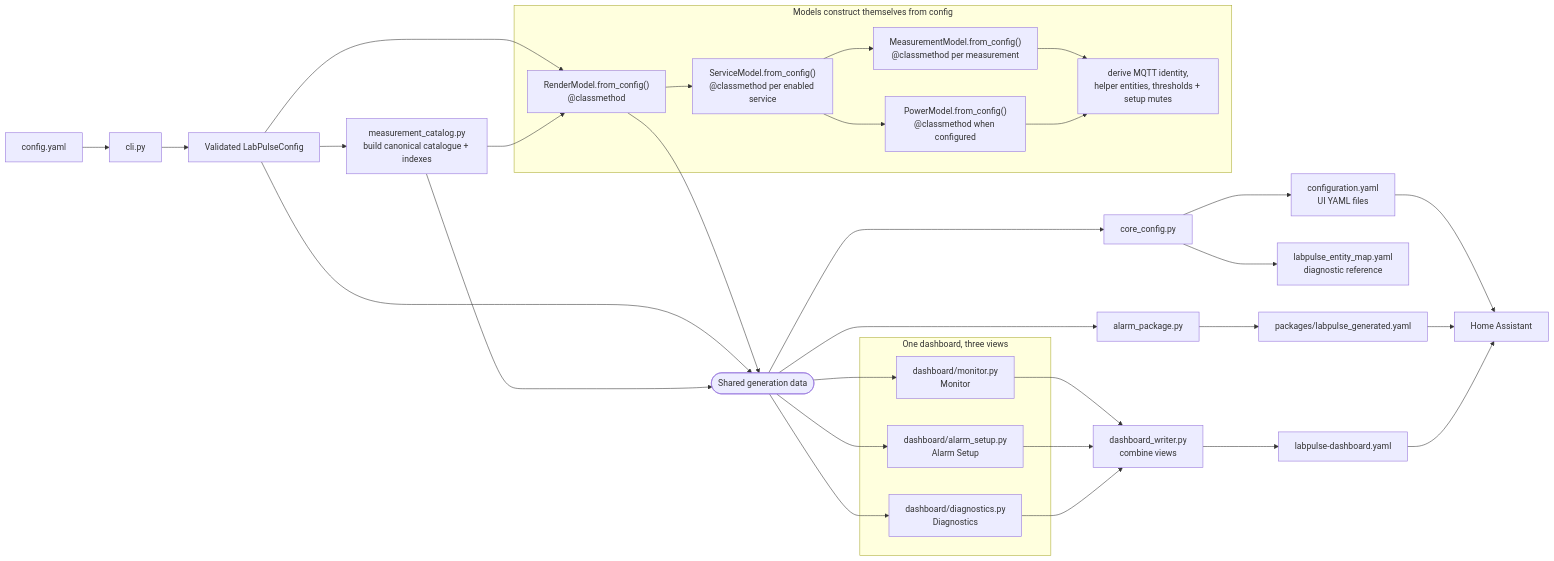
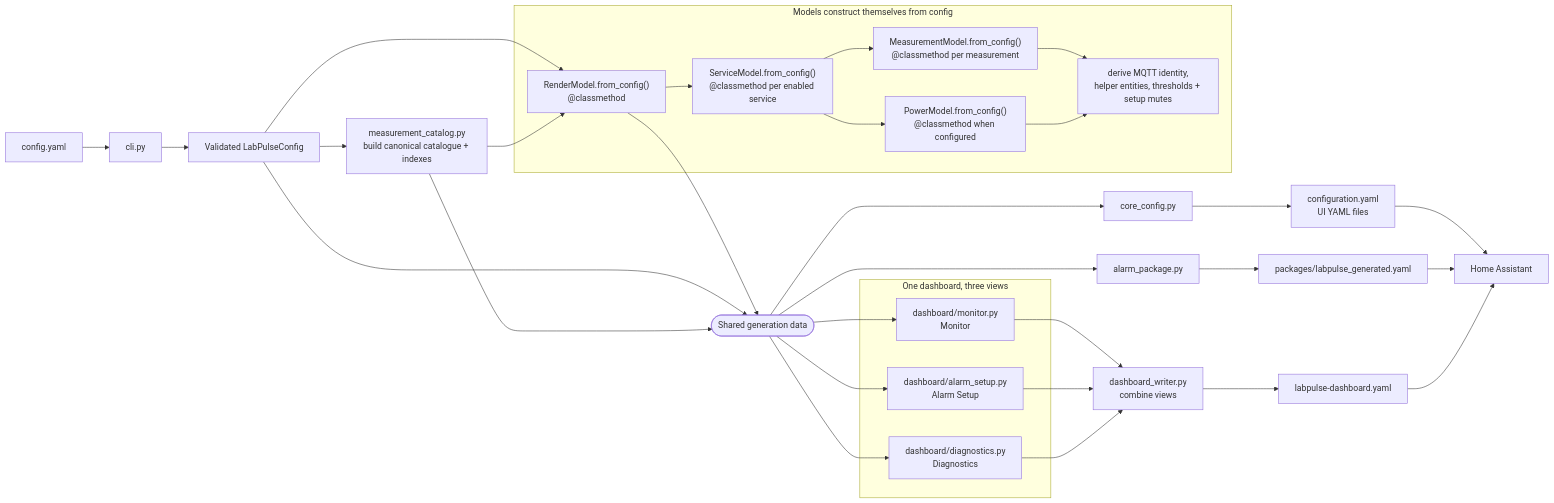
One commit to Tommystorm-cpu/LabPulse changed the diagram in docker_refactor/labpulse_homeassistant/README.md. Above: the diagram before and after it, drawn with Mermaid. The commit also changed other lines of this file and 32 other files, not shown here.

````diff
--- a/docker_refactor/labpulse_homeassistant/README.md
+++ b/docker_refactor/labpulse_homeassistant/README.md
@@ -31,46 +33,45 @@
 ```mermaid
 flowchart LR
     config["config.yaml"] --> cli["cli.py"]
     cli --> validated["Validated LabPulseConfig"]
     validated --> catalog["measurement_catalog.py<br/>build canonical catalogue + indexes"]
 
     validated --> render["RenderModel.from_config()<br/>@classmethod"]
     catalog --> render
 
     subgraph construction["Models construct themselves from config"]
         render --> services["ServiceModel.from_config()<br/>@classmethod per enabled service"]
         services --> measurements["MeasurementModel.from_config()<br/>@classmethod per measurement"]
         services --> power["PowerModel.from_config()<br/>@classmethod when configured"]
         measurements --> identities["derive MQTT identity,<br/>helper entities, thresholds + setup mutes"]
         power --> identities
     end
 
     validated --> data(["Shared generation data"])
     catalog --> data
     render --> data
 
     data --> core["core_config.py"]
     data --> alarm["alarm_package.py"]
 
     subgraph views["One dashboard, three views"]
         monitor["dashboard/monitor.py<br/>Monitor"]
         alarm_view["dashboard/alarm_setup.py<br/>Alarm Setup"]
         diagnostics["dashboard/diagnostics.py<br/>Diagnostics"]
     end
 
     data --> monitor
     data --> alarm_view
     data --> diagnostics
     monitor --> dashboard["dashboard_writer.py<br/>combine views"]
     alarm_view --> dashboard
     diagnostics --> dashboard
 
     core --> core_files["configuration.yaml<br/>UI YAML files"]
-    core --> entity_map["labpulse_entity_map.yaml<br/>diagnostic reference"]
     alarm --> alarm_file["packages/labpulse_generated.yaml"]
     dashboard --> dashboard_file["labpulse-dashboard.yaml"]
 
     core_files --> ha["Home Assistant"]
     alarm_file --> ha
     dashboard_file --> ha
 ```
````
